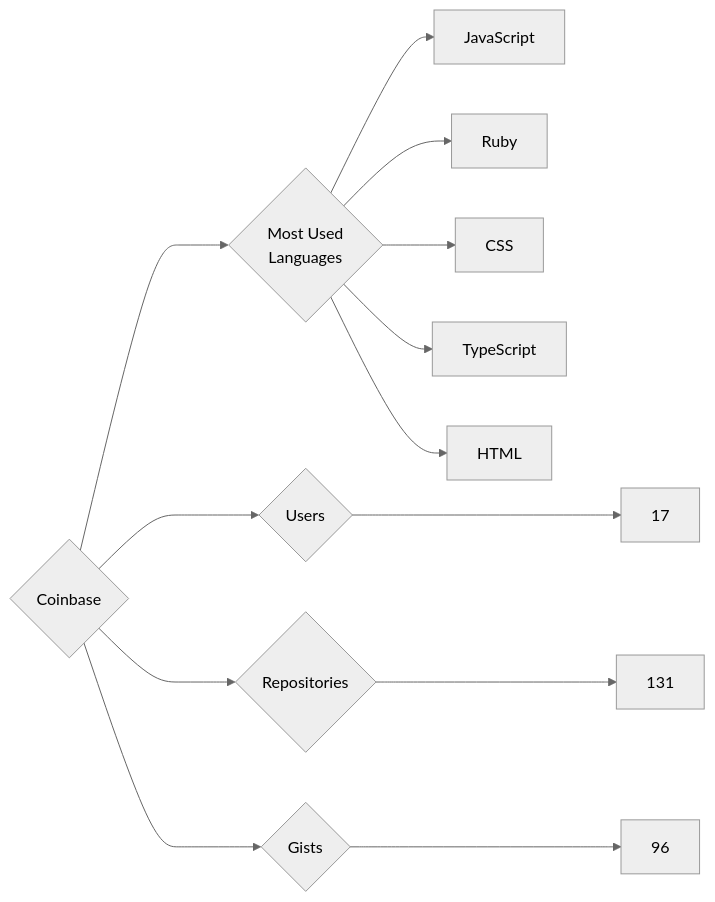
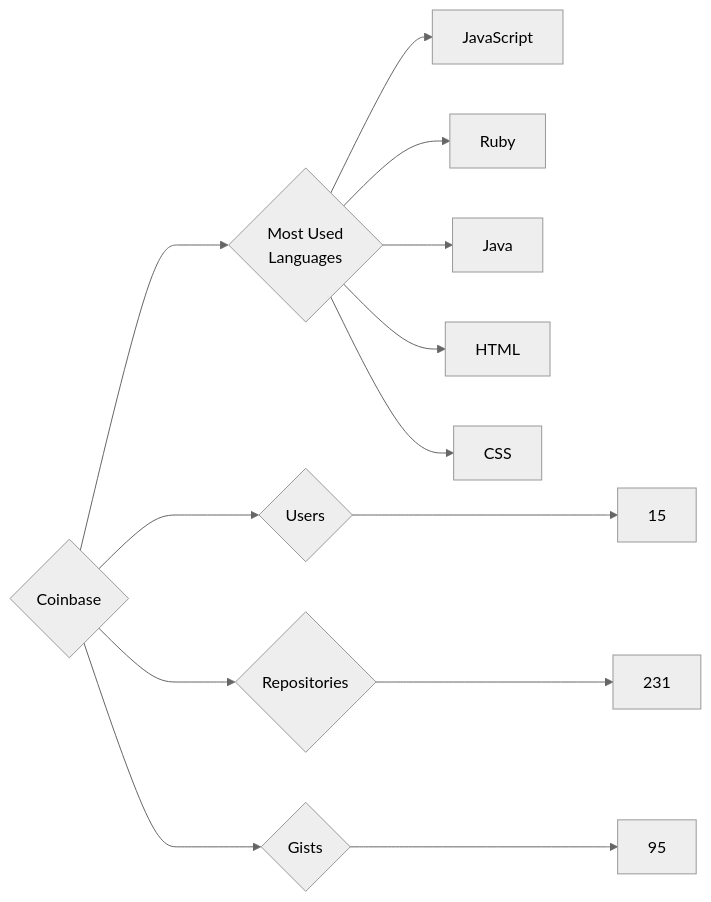
The diagram in targets/Coinbase/README.md (trickest/insiders), drawn with Mermaid (neutral theme) before and after one commit. The commit also changed 1195 other files, not shown here.

````diff
--- a/targets/Coinbase/README.md
+++ b/targets/Coinbase/README.md
@@ -3,13 +3,13 @@
 ```mermaid
 graph LR
 COMPANY_NAME{Coinbase}
-COMPANY_NAME ---> U{Users} ---> UN[17]
-COMPANY_NAME ---> R{Repositories} ---> RN[131]
-COMPANY_NAME ---> G{Gists} ---> GN[96]
+COMPANY_NAME ---> U{Users} ---> UN[15]
+COMPANY_NAME ---> R{Repositories} ---> RN[231]
+COMPANY_NAME ---> G{Gists} ---> GN[95]
 COMPANY_NAME ---> ML{Most Used<br>Languages}
 ML --> JavaScript[JavaScript]
 ML --> Ruby[Ruby]
+ML --> Java[Java]
+ML --> HTML[HTML]
 ML --> CSS[CSS]
-ML --> TypeScript[TypeScript]
-ML --> HTML[HTML]
 ```
````
